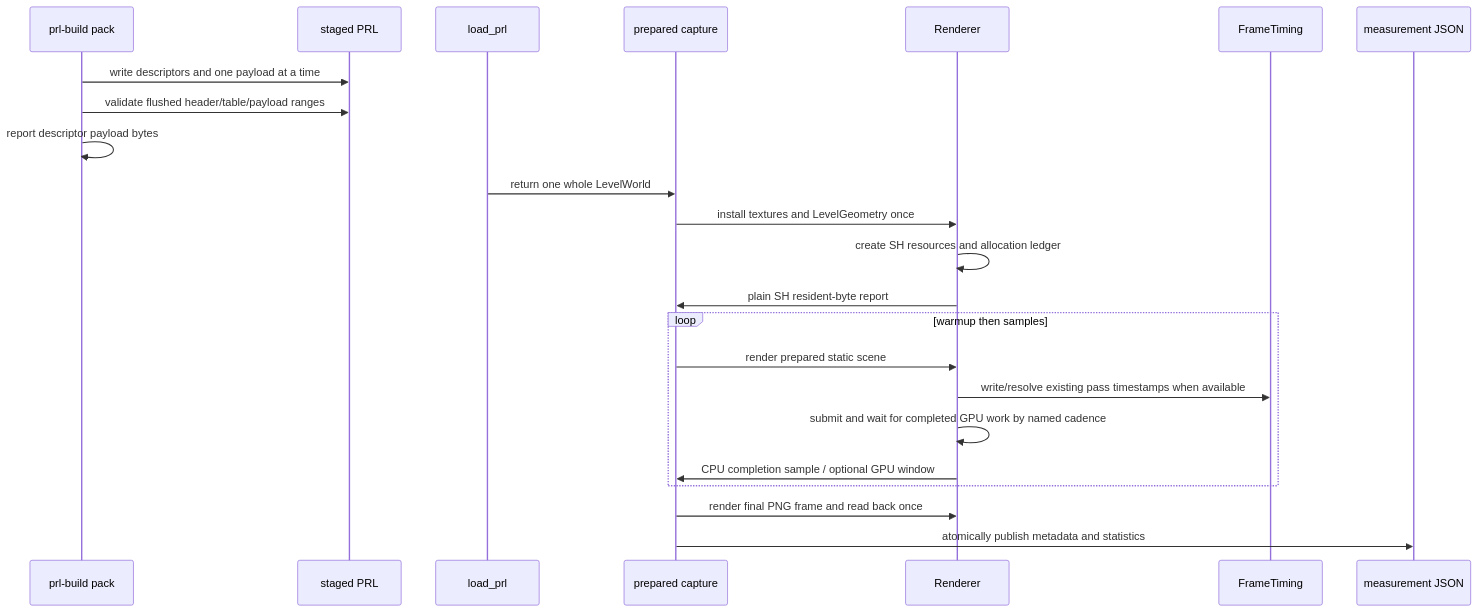
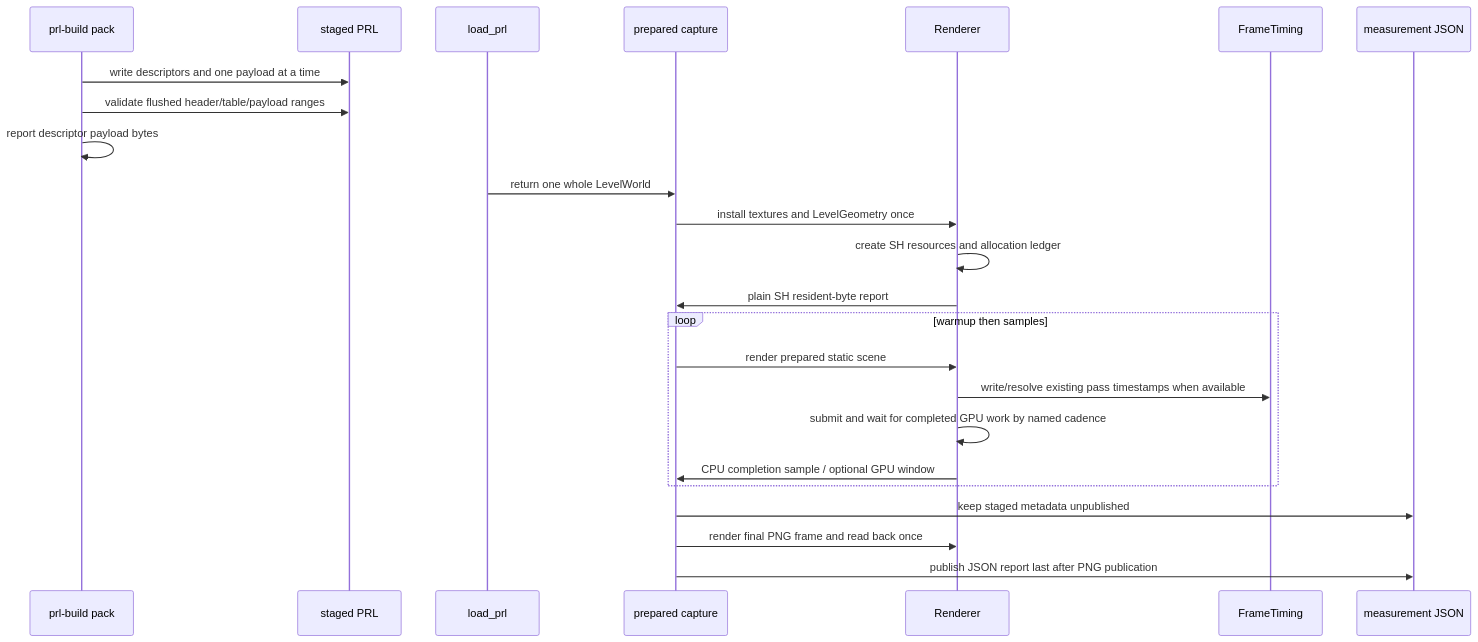
Before and after one commit to majtom2grndctrl/postretro: the diagram in context/plans/drafts/sh-probe-streaming--measurement-harness/research.md, drawn with Mermaid. The commit also changed other lines of this file and 1 other file, not shown here.

Commit message:
Tighten SH measurement publication spec

````diff
--- a/context/plans/drafts/sh-probe-streaming--measurement-harness/research.md
+++ b/context/plans/drafts/sh-probe-streaming--measurement-harness/research.md
@@ -8,26 +8,27 @@
 ```mermaid
 sequenceDiagram
     participant Compiler as prl-build pack
     participant PRL as staged PRL
     participant Loader as load_prl
     participant Capture as prepared capture
     participant Renderer as Renderer
     participant Timing as FrameTiming
     participant Report as measurement JSON
 
     Compiler->>PRL: write descriptors and one payload at a time
     Compiler->>PRL: validate flushed header/table/payload ranges
     Compiler->>Compiler: report descriptor payload bytes
     Loader->>Capture: return one whole LevelWorld
     Capture->>Renderer: install textures and LevelGeometry once
     Renderer->>Renderer: create SH resources and allocation ledger
     Renderer->>Capture: plain SH resident-byte report
     loop warmup then samples
         Capture->>Renderer: render prepared static scene
         Renderer->>Timing: write/resolve existing pass timestamps when available
         Renderer->>Renderer: submit and wait for completed GPU work by named cadence
         Renderer->>Capture: CPU completion sample / optional GPU window
     end
+    Capture->>Report: keep staged metadata unpublished
     Capture->>Renderer: render final PNG frame and read back once
-    Capture->>Report: atomically publish metadata and statistics
+    Capture->>Report: publish JSON report last after PNG publication
 ```
````
